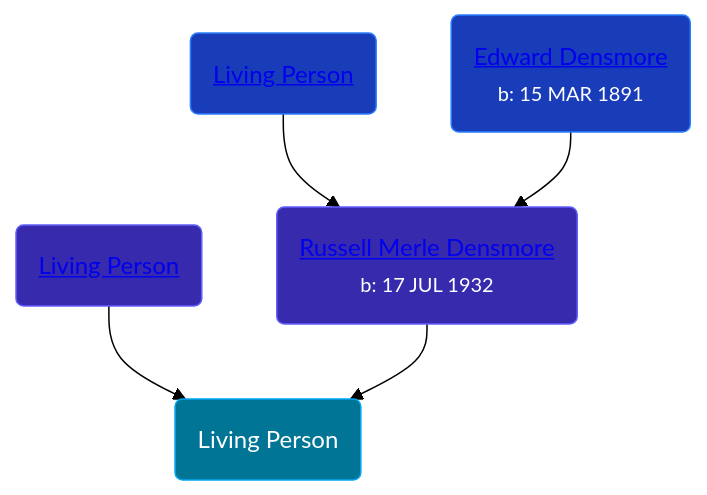
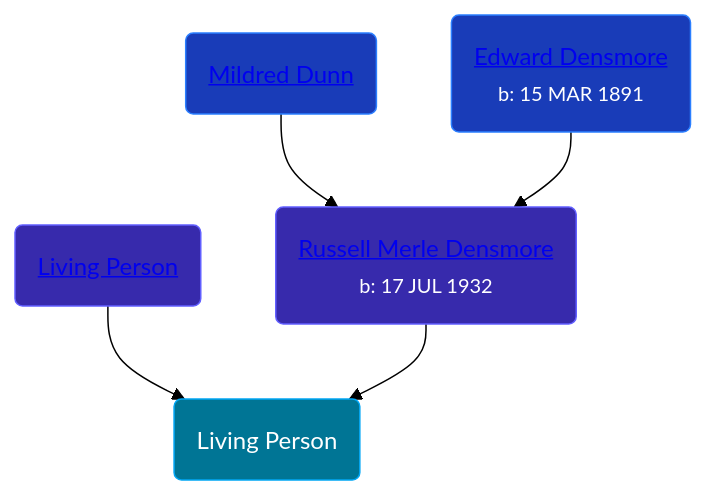
One commit to wpmgotkh/wpmgotkh.github.io changed the diagram in pages/people/6/67186741.md. Above: the diagram before and after it, drawn with Mermaid (forest theme). The commit also changed 586 other files, not shown here.

Commit message:
feat: better shouldConsiderPersonLiving algo

````diff
--- a/pages/people/6/67186741.md
+++ b/pages/people/6/67186741.md
@@ -10,11 +10,11 @@
 ```mermaid
 graph
 classDef grands fill:#193cb8,stroke:#2b7fff,stroke-width:1px,color:#fff;
 classDef parents fill:#372aac,stroke:#615fff,stroke-width:1px,color:#fff;
 classDef primary fill:#007595,stroke:#00a6f4,stroke-width:1px,color:#fff;
 67186741(Living Person):::primary
 7137584(<a class="text-white" href="/people/7/7137584">Living Person</a>):::parents-->67186741
 47260456(<a class="text-white" href="/people/4/47260456">Russell Merle Densmore</a><br /><small>b: 17 JUL 1932</small>):::parents-->67186741
-7869963(<a class="text-white" href="/people/7/7869963">Living Person</a>):::grands-->47260456
+7869963(<a class="text-white" href="/people/7/7869963">Mildred Dunn</a>):::grands-->47260456
 75117844(<a class="text-white" href="/people/7/75117844">Edward Densmore</a><br /><small>b: 15 MAR 1891</small>):::grands-->47260456
 ```
````
